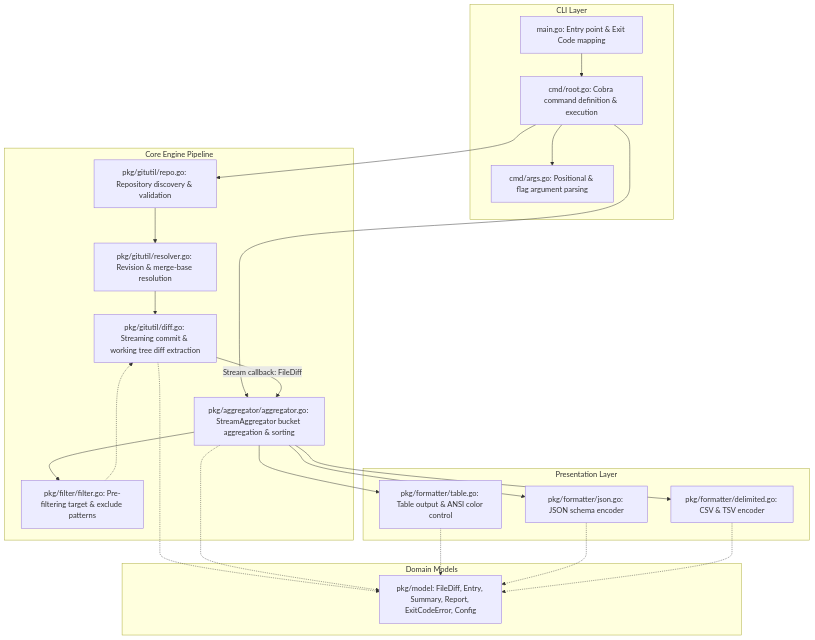
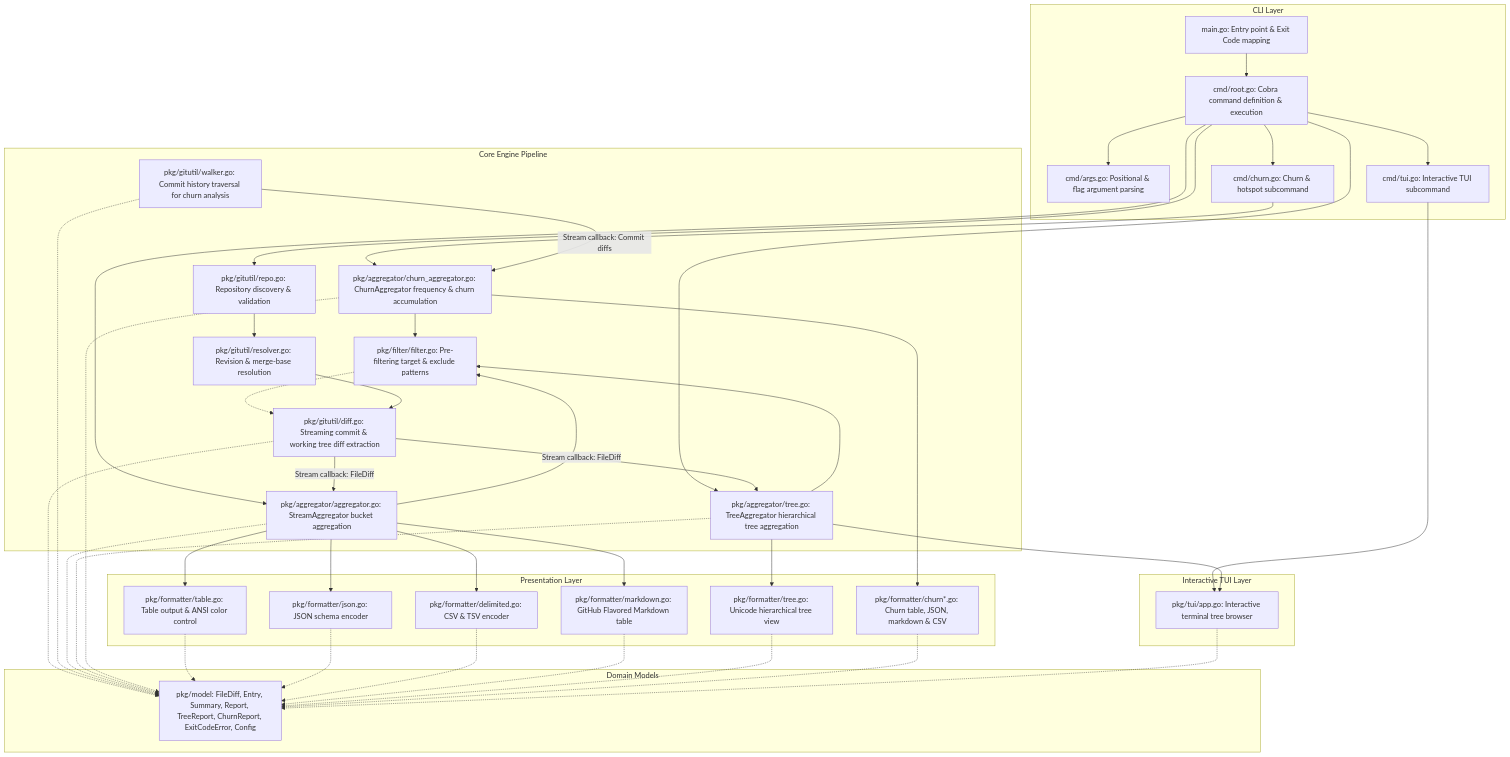
Before and after one commit to sakurahilljp/git-dirstat: the first of 2 diagrams in docs/software-design.md, drawn with Mermaid. The commit also changed other lines of this file and 1 other file, not shown here.

First line of the commit message:
docs(spec): document TUI, tree format, and churn hotspot features

````diff
--- a/docs/software-design.md
+++ b/docs/software-design.md
@@ -21,45 +21,77 @@
 ```mermaid
 flowchart TD
     subgraph CLI Layer
         Main[main.go: Entry point & Exit Code mapping]
         CmdRoot[cmd/root.go: Cobra command definition & execution]
         CmdArgs[cmd/args.go: Positional & flag argument parsing]
+        CmdChurn[cmd/churn.go: Churn & hotspot subcommand]
+        CmdTUI[cmd/tui.go: Interactive TUI subcommand]
     end
 
     subgraph Core Engine Pipeline
         GitRepo[pkg/gitutil/repo.go: Repository discovery & validation]
         GitResolve[pkg/gitutil/resolver.go: Revision & merge-base resolution]
         PathFilter[pkg/filter/filter.go: Pre-filtering target & exclude patterns]
         GitDiff[pkg/gitutil/diff.go: Streaming commit & working tree diff extraction]
-        Aggregator[pkg/aggregator/aggregator.go: StreamAggregator bucket aggregation & sorting]
+        GitWalk[pkg/gitutil/walker.go: Commit history traversal for churn analysis]
+        Aggregator[pkg/aggregator/aggregator.go: StreamAggregator bucket aggregation]
+        TreeAgg[pkg/aggregator/tree.go: TreeAggregator hierarchical tree aggregation]
+        ChurnAgg[pkg/aggregator/churn_aggregator.go: ChurnAggregator frequency & churn accumulation]
     end
 
     subgraph Presentation Layer
         FmtTable[pkg/formatter/table.go: Table output & ANSI color control]
         FmtJSON[pkg/formatter/json.go: JSON schema encoder]
         FmtDelimited[pkg/formatter/delimited.go: CSV & TSV encoder]
+        FmtMarkdown[pkg/formatter/markdown.go: GitHub Flavored Markdown table]
+        FmtTree[pkg/formatter/tree.go: Unicode hierarchical tree view]
+        FmtChurn[pkg/formatter/churn*.go: Churn table, JSON, markdown & CSV]
+    end
+
+    subgraph Interactive TUI Layer
+        TUIApp[pkg/tui/app.go: Interactive terminal tree browser]
     end
 
     subgraph Domain Models
-        Model[pkg/model: FileDiff, Entry, Summary, Report, ExitCodeError, Config]
+        Model[pkg/model: FileDiff, Entry, Summary, Report, TreeReport, ChurnReport, ExitCodeError, Config]
     end
 
     Main --> CmdRoot
     CmdRoot --> CmdArgs
+    CmdRoot --> CmdChurn
+    CmdRoot --> CmdTUI
     CmdRoot --> GitRepo
     GitRepo --> GitResolve
     CmdRoot --> Aggregator
+    CmdRoot --> TreeAgg
+    CmdChurn --> ChurnAgg
+    CmdTUI --> TUIApp
     Aggregator --> PathFilter
+    TreeAgg --> PathFilter
+    ChurnAgg --> PathFilter
     PathFilter -.-> GitDiff
     GitResolve --> GitDiff
     GitDiff -->|Stream callback: FileDiff| Aggregator
+    GitDiff -->|Stream callback: FileDiff| TreeAgg
+    GitWalk -->|Stream callback: Commit diffs| ChurnAgg
     Aggregator --> FmtTable
     Aggregator --> FmtJSON
     Aggregator --> FmtDelimited
+    Aggregator --> FmtMarkdown
+    TreeAgg --> FmtTree
+    ChurnAgg --> FmtChurn
+    TreeAgg --> TUIApp
 
     GitDiff -.-> Model
+    GitWalk -.-> Model
     Aggregator -.-> Model
+    TreeAgg -.-> Model
+    ChurnAgg -.-> Model
     FmtTable -.-> Model
     FmtJSON -.-> Model
     FmtDelimited -.-> Model
+    FmtMarkdown -.-> Model
+    FmtTree -.-> Model
+    FmtChurn -.-> Model
+    TUIApp -.-> Model
 ```
````
